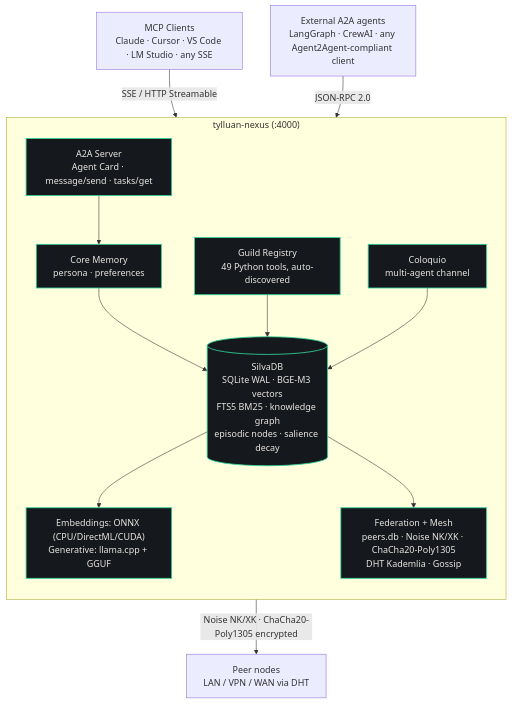
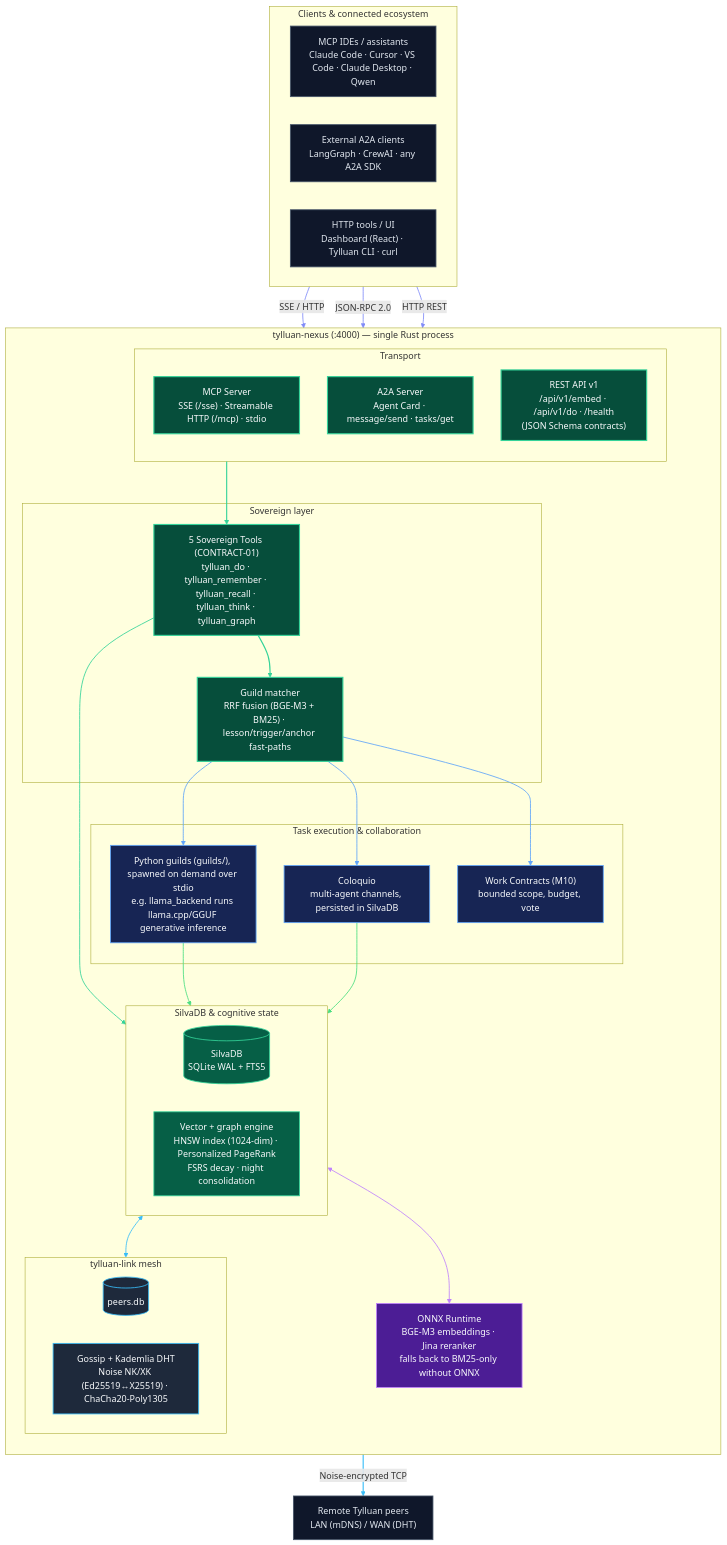
Before and after one commit to Forja-orca/tylluan: the diagram in README.md, drawn with Mermaid.

````diff
--- a/README.md
+++ b/README.md
@@ -308,28 +308,87 @@
 ```mermaid
 flowchart TB
-  MCP["MCP Clients<br/>Claude · Cursor · VS Code · LM Studio · any SSE"] -->|"SSE / HTTP Streamable"| NEXUS
-  A2AEXT["External A2A agents<br/>LangGraph · CrewAI · any Agent2Agent-compliant client"] -->|"JSON-RPC 2.0"| NEXUS
-
-  subgraph NEXUS["tylluan-nexus (:4000)"]
-    direction TB
-    MEM["Core Memory<br/>persona · preferences"]
-    SILVA[("SilvaDB<br/>SQLite WAL · BGE-M3 vectors<br/>FTS5 BM25 · knowledge graph<br/>episodic nodes · salience decay")]
-    A2AS["A2A Server<br/>Agent Card · message/send · tasks/get"]
-    GUILDS["Guild Registry<br/>49 Python tools, auto-discovered"]
-    COLOQUIO["Coloquio<br/>multi-agent channel"]
-    INFER["Embeddings: ONNX (CPU/DirectML/CUDA)<br/>Generative: llama.cpp + GGUF"]
-    MESH["Federation + Mesh<br/>peers.db · Noise NK/XK · ChaCha20-Poly1305<br/>DHT Kademlia · Gossip"]
-
-    MEM --> SILVA
-    GUILDS --> SILVA
-    COLOQUIO --> SILVA
-    A2AS --> MEM
-    SILVA --> INFER
-    SILVA --> MESH
+  subgraph CLIENTS["Clients & connected ecosystem"]
+    direction LR
+    MCP_IDE["MCP IDEs / assistants<br/>Claude Code · Cursor · VS Code · Claude Desktop · Qwen"]
+    A2A_CLI["External A2A clients<br/>LangGraph · CrewAI · any A2A SDK"]
+    REST_CLI["HTTP tools / UI<br/>Dashboard (React) · Tylluan CLI · curl"]
   end
 
-  MESH -->|"Noise NK/XK · ChaCha20-Poly1305 encrypted"| PEERS["Peer nodes<br/>LAN / VPN / WAN via DHT"]
+  subgraph NEXUS["tylluan-nexus (:4000) — single Rust process"]
+    direction TB
 
-  classDef core fill:#15181d,stroke:#34d399,color:#e8e6e1,stroke-width:1.5px;
-  class MEM,SILVA,A2AS,GUILDS,COLOQUIO,INFER,MESH core;
+    subgraph INGRESS["Transport"]
+      MCP_SRV["MCP Server<br/>SSE (/sse) · Streamable HTTP (/mcp) · stdio"]
+      A2A_SRV["A2A Server<br/>Agent Card · message/send · tasks/get"]
+      REST_SRV["REST API v1<br/>/api/v1/embed · /api/v1/do · /health<br/>(JSON Schema contracts)"]
+    end
+
+    subgraph SOVEREIGN["Sovereign layer"]
+      TOOLS["5 Sovereign Tools (CONTRACT-01)<br/>tylluan_do · tylluan_remember · tylluan_recall · tylluan_think · tylluan_graph"]
+      ROUTER["Guild matcher<br/>RRF fusion (BGE-M3 + BM25) · lesson/trigger/anchor fast-paths"]
+    end
+
+    subgraph MEMORY["SilvaDB & cognitive state"]
+      direction LR
+      SILVA_STORE[("SilvaDB<br/>SQLite WAL + FTS5")]
+      SILVA_GRAPH["Vector + graph engine<br/>HNSW index (1024-dim) · Personalized PageRank<br/>FSRS decay · night consolidation"]
+    end
+
+    INFER["ONNX Runtime<br/>BGE-M3 embeddings · Jina reranker<br/>falls back to BM25-only without ONNX"]
+
+    subgraph EXEC["Task execution & collaboration"]
+      GUILDS_RUN["Python guilds (guilds/), spawned on demand over stdio<br/>e.g. llama_backend runs llama.cpp/GGUF generative inference"]
+      COLOQUIO_CH["Coloquio<br/>multi-agent channels, persisted in SilvaDB"]
+      WORK_CONTRACTS["Work Contracts (M10)<br/>bounded scope, budget, vote"]
+    end
+
+    subgraph FEDERATION["tylluan-link mesh"]
+      PEERS_DB[("peers.db")]
+      P2P_MESH["Gossip + Kademlia DHT<br/>Noise NK/XK (Ed25519↔X25519) · ChaCha20-Poly1305"]
+    end
+
+    INGRESS --> TOOLS
+    TOOLS --> ROUTER
+    TOOLS --> MEMORY
+    ROUTER --> GUILDS_RUN
+    ROUTER --> COLOQUIO_CH
+    ROUTER --> WORK_CONTRACTS
+    GUILDS_RUN --> MEMORY
+    COLOQUIO_CH --> MEMORY
+    MEMORY <--> INFER
+    MEMORY <--> FEDERATION
+  end
+
+  PEER_REMOTE["Remote Tylluan peers<br/>LAN (mDNS) / WAN (DHT)"]
+
+  MCP_IDE -->|"SSE / HTTP"| MCP_SRV
+  A2A_CLI -->|"JSON-RPC 2.0"| A2A_SRV
+  REST_CLI -->|"HTTP REST"| REST_SRV
+  FEDERATION -->|"Noise-encrypted TCP"| PEER_REMOTE
+
+  classDef ext fill:#0f172a,stroke:#475569,color:#e2e8f0,stroke-width:1.5px;
+  classDef sov fill:#064e3b,stroke:#34d399,color:#f8fafc,stroke-width:2px;
+  classDef mem fill:#065f46,stroke:#34d399,color:#f8fafc,stroke-width:1.5px;
+  classDef infer fill:#4c1d95,stroke:#c084fc,color:#f8fafc,stroke-width:1.5px;
+  classDef exec fill:#172554,stroke:#60a5fa,color:#f8fafc,stroke-width:1.5px;
+  classDef mesh fill:#1e293b,stroke:#38bdf8,color:#f8fafc,stroke-width:1.5px;
+
+  class MCP_IDE,A2A_CLI,REST_CLI,PEER_REMOTE ext;
+  class MCP_SRV,A2A_SRV,REST_SRV,TOOLS,ROUTER sov;
+  class SILVA_STORE,SILVA_GRAPH mem;
+  class INFER infer;
+  class GUILDS_RUN,COLOQUIO_CH,WORK_CONTRACTS exec;
+  class PEERS_DB,P2P_MESH mesh;
+
+  %% Link colors, in declaration order: 0-1 ingress->sovereign, 2 sovereign->memory,
+  %% 3-5 router->execution, 6-7 execution->memory, 8 memory<->inference,
+  %% 9 memory<->federation, 10-12 external clients->ingress, 13 mesh->peers
+  linkStyle 0,1 stroke:#34d399,stroke-width:2px;
+  linkStyle 2 stroke:#34d399,stroke-width:1.5px;
+  linkStyle 3,4,5 stroke:#60a5fa,stroke-width:1.5px;
+  linkStyle 6,7 stroke:#4ade80,stroke-width:1.5px;
+  linkStyle 8 stroke:#c084fc,stroke-width:1.5px;
+  linkStyle 9 stroke:#38bdf8,stroke-width:1.5px;
+  linkStyle 10,11,12 stroke:#818cf8,stroke-width:1.5px;
+  linkStyle 13 stroke:#38bdf8,stroke-width:2px;
 ```
````
